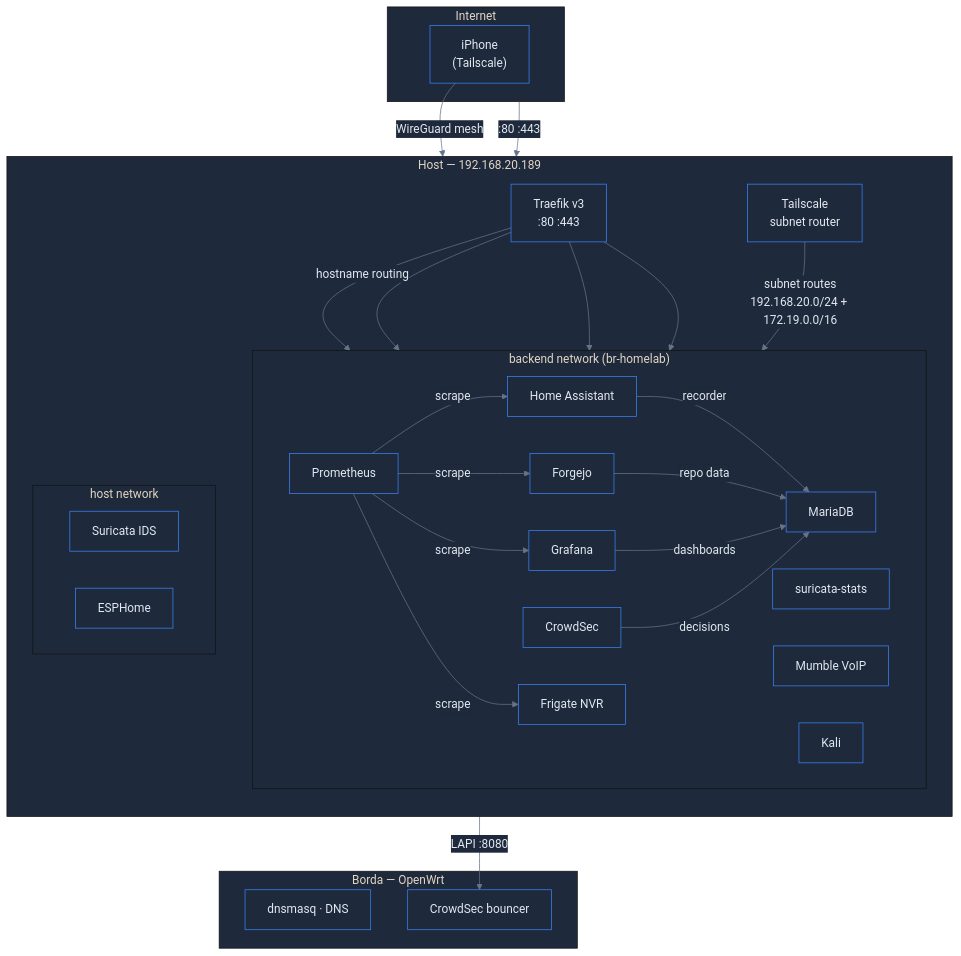
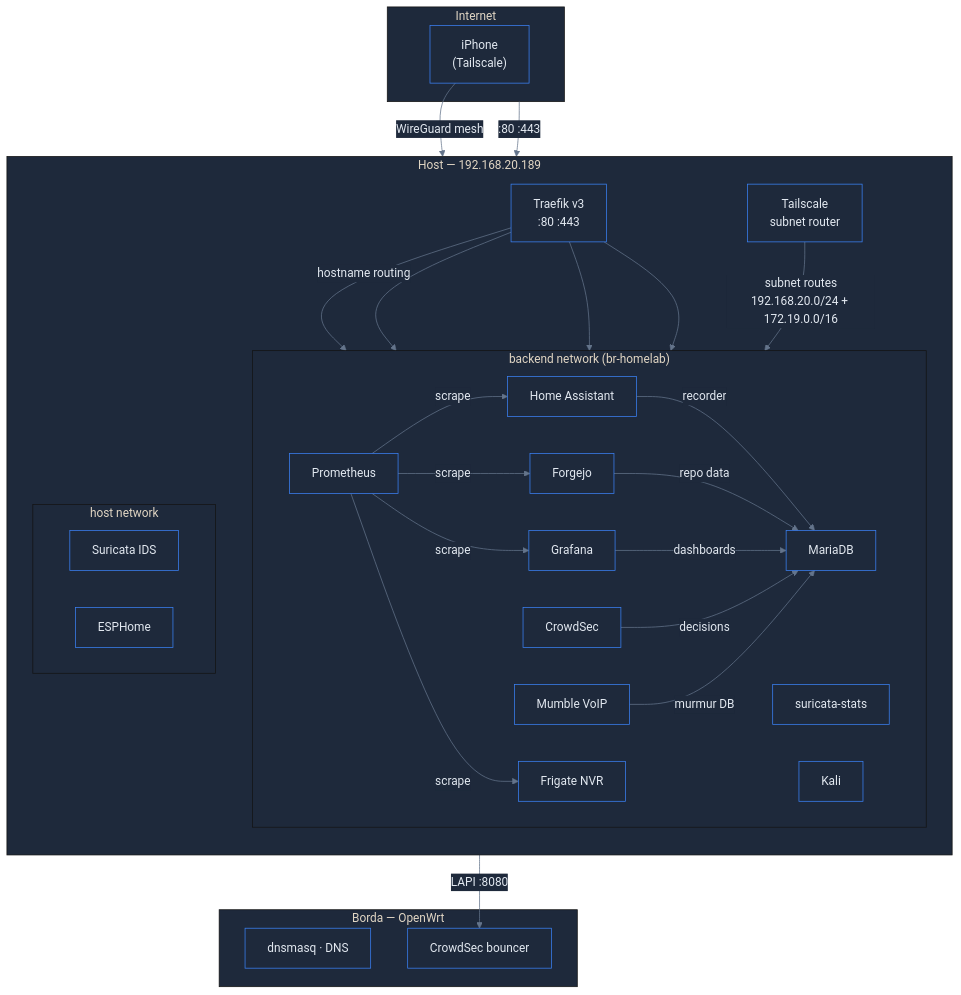
Before and after one commit to gustavx404/homelab: the diagram in README.md, drawn with Mermaid. The commit also changed other lines of this file and 6 other files, not shown here.

First line of the commit message:
feat: migra Mumble do SQLite para o MariaDB central

````diff
--- a/README.md
+++ b/README.md
@@ -45,60 +45,61 @@
 ```mermaid
 %%{init: {'theme': 'base', 'themeVariables': {
   'primaryColor': '#1e3a5f', 'primaryTextColor': '#e2e8f0',
   'primaryBorderColor': '#3b82f6', 'lineColor': '#64748b',
   'secondaryColor': '#0f172a', 'tertiaryColor': '#1e293b',
   'background': '#0f172a', 'mainBkg': '#1e293b',
   'textColor': '#e2e8f0', 'edgeLabelBackground': '#1e293b'
 }}}%%
 flowchart TB
     subgraph Internet["Internet"]
         iPhone["iPhone<br/>(Tailscale)"]
     end
 
     subgraph Edge["Borda — OpenWrt"]
         DNS["dnsmasq · DNS"]
         Bouncer["CrowdSec bouncer"]
     end
 
     subgraph Host["Host — 192.168.20.189"]
         Tailscale["Tailscale<br/>subnet router"]
         direction TB
         Traefik["Traefik v3<br/>:80 :443"]
 
         subgraph Backend["backend network (br-homelab)"]
             direction LR
             HA["Home Assistant"]
             Grafana["Grafana"]
             Forgejo["Forgejo"]
             Frigate["Frigate NVR"]
             Prometheus["Prometheus"]
             MariaDB["MariaDB"]
             CrowdSec["CrowdSec"]
             Stats["suricata-stats"]
             Mumble["Mumble VoIP"]
             Kali["Kali"]
         end
 
         subgraph HostNet["host network"]
             Suricata["Suricata IDS"]
             ESPHome["ESPHome"]
         end
     end
 
     iPhone -->|"WireGuard mesh"| Tailscale
     Tailscale -->|"subnet routes<br/>192.168.20.0/24 + 172.19.0.0/16"| Backend
     Internet -->|":80 :443"| Traefik
     Traefik -->|"hostname routing"| HA
     Traefik --> Grafana
     Traefik --> Forgejo
     Traefik --> Frigate
     CrowdSec -->|"LAPI :8080"| Bouncer
     HA -->|"recorder"| MariaDB
     Forgejo -->|"repo data"| MariaDB
     Grafana -->|"dashboards"| MariaDB
     CrowdSec -->|"decisions"| MariaDB
+    Mumble -->|"murmur DB"| MariaDB
     Prometheus -->|"scrape"| HA
     Prometheus -->|"scrape"| Grafana
     Prometheus -->|"scrape"| Forgejo
     Prometheus -->|"scrape"| Frigate
 ```
````
